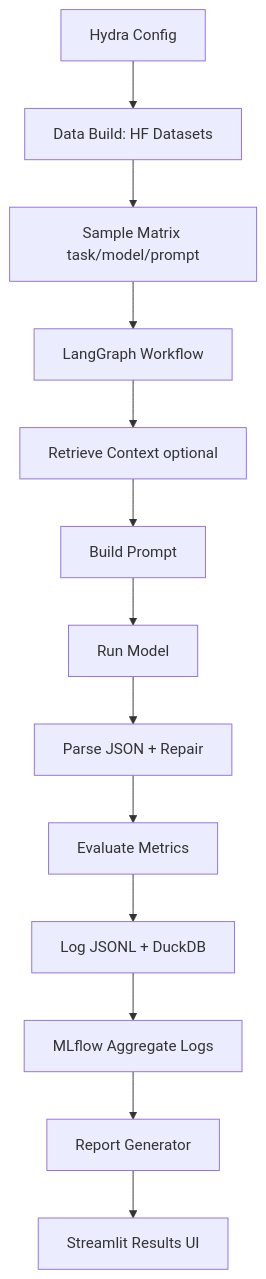
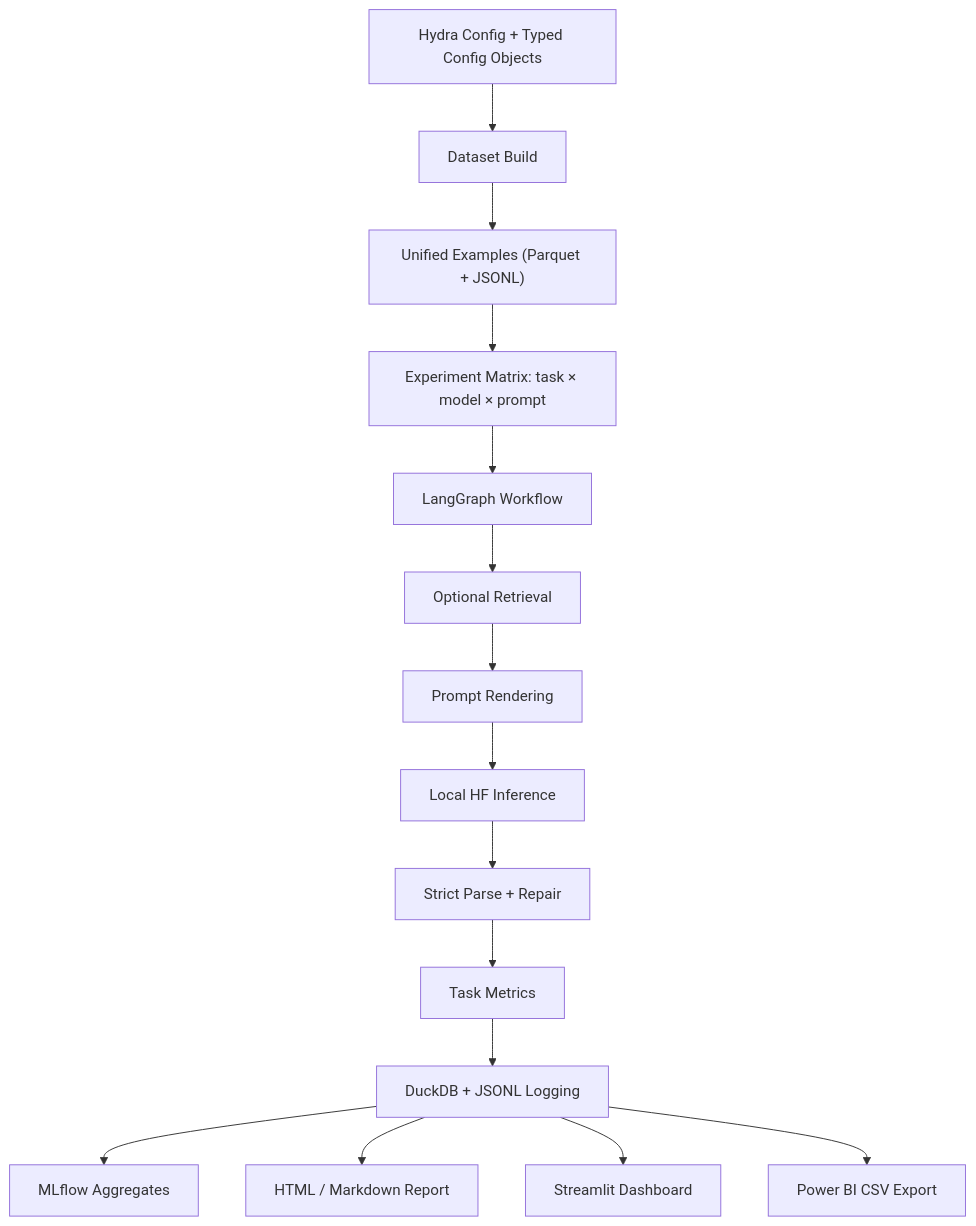
One commit to Shashank-C-Bangera/foundation-model-eval-harness changed the diagram in README.md. Above: the diagram before and after it, drawn with Mermaid. The commit also changed other lines of this file, not shown here.

````diff
--- a/README.md
+++ b/README.md
@@ -98,15 +87,17 @@
 ```mermaid
 graph TD
-  A[Hydra Config] --> B[Data Build: HF Datasets]
-  B --> C[Sample Matrix task/model/prompt]
-  C --> D[LangGraph Workflow]
-  D --> D1[Retrieve Context optional]
-  D1 --> D2[Build Prompt]
-  D2 --> D3[Run Model]
-  D3 --> D4[Parse JSON + Repair]
-  D4 --> D5[Evaluate Metrics]
-  D5 --> D6[Log JSONL + DuckDB]
-  D6 --> E[MLflow Aggregate Logs]
-  E --> F[Report Generator]
-  F --> G[Streamlit Results UI]
+  A["Hydra Config + Typed Config Objects"] --> B["Dataset Build"]
+  B --> C["Unified Examples (Parquet + JSONL)"]
+  C --> D["Experiment Matrix: task × model × prompt"]
+  D --> E["LangGraph Workflow"]
+  E --> E1["Optional Retrieval"]
+  E1 --> E2["Prompt Rendering"]
+  E2 --> E3["Local HF Inference"]
+  E3 --> E4["Strict Parse + Repair"]
+  E4 --> E5["Task Metrics"]
+  E5 --> E6["DuckDB + JSONL Logging"]
+  E6 --> F["MLflow Aggregates"]
+  E6 --> G["HTML / Markdown Report"]
+  E6 --> H["Streamlit Dashboard"]
+  E6 --> I["Power BI CSV Export"]
 ```
````
